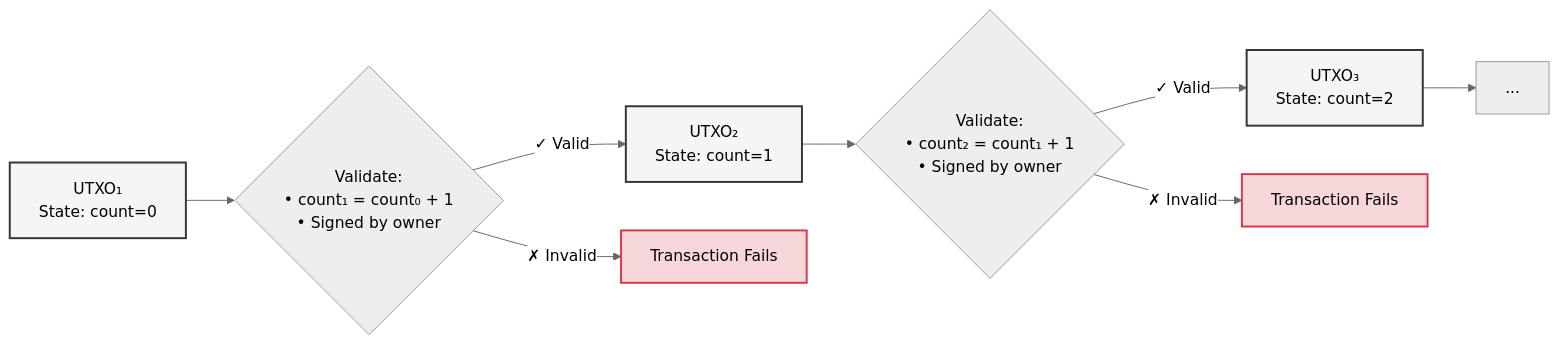
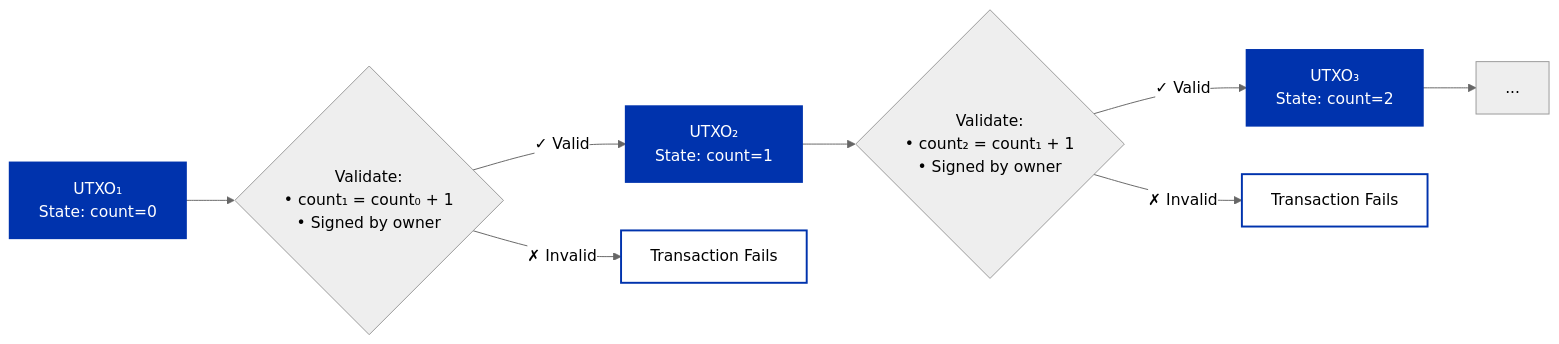
The second of 2 diagrams in docs/smart-contracts/overview.md (cardano-foundation/developer-portal), drawn with Mermaid (neutral theme) before and after one commit. The commit also changed other lines of this file and 14 other files, not shown here.

Commit message:
cardano unified color scheme for mermaid diagrams

````diff
--- a/docs/smart-contracts/overview.md
+++ b/docs/smart-contracts/overview.md
@@ -234,16 +234,16 @@
 ```mermaid
 flowchart LR
     A[UTXO₁<br/>State: count=0] --> B{Validate:<br/>• count₁ = count₀ + 1<br/>• Signed by owner<br/>}
     B -->|✓ Valid| C[UTXO₂<br/>State: count=1]
     B -->|✗ Invalid| G[Transaction Fails]
     C --> D{Validate:<br/>• count₂ = count₁ + 1<br/>• Signed by owner<br/>}
     D -->|✓ Valid| E[UTXO₃<br/>State: count=2]
     D -->|✗ Invalid| H[Transaction Fails]
     E --> F[...]
 
-    style A fill:#f5f5f5,stroke:#333,stroke-width:2px,color:#000
-    style C fill:#f5f5f5,stroke:#333,stroke-width:2px,color:#000
-    style E fill:#f5f5f5,stroke:#333,stroke-width:2px,color:#000
-    style G fill:#f8d7da,stroke:#dc3545,stroke-width:2px,color:#000
-    style H fill:#f8d7da,stroke:#dc3545,stroke-width:2px,color:#000
+    style A fill:#0033AD,stroke:#0033AD,stroke-width:2px,color:#FFFFFF
+    style C fill:#0033AD,stroke:#0033AD,stroke-width:2px,color:#FFFFFF
+    style E fill:#0033AD,stroke:#0033AD,stroke-width:2px,color:#FFFFFF
+    style G fill:#FFFFFF,stroke:#0033AD,stroke-width:2px,color:#000000
+    style H fill:#FFFFFF,stroke:#0033AD,stroke-width:2px,color:#000000
 ```
````
